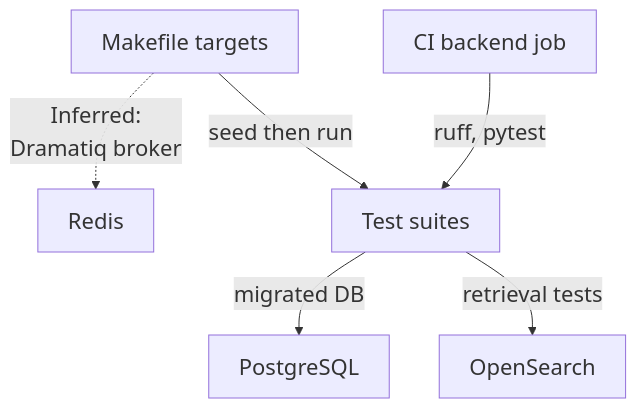
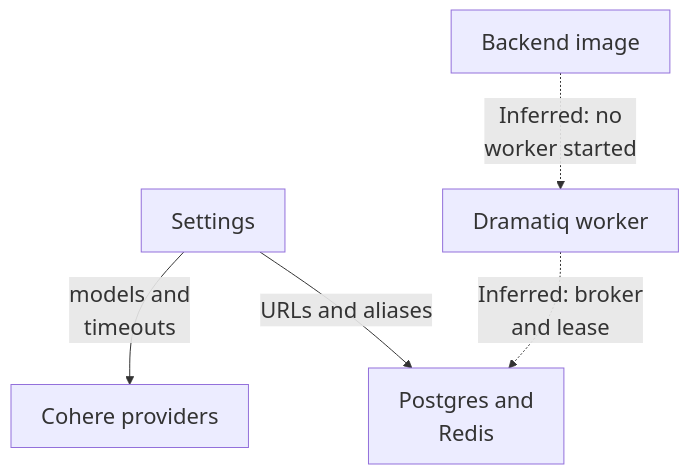
One commit to Justin-Mendoza/Afterclass changed the diagram in maps/foundation/diagram-05.mmd. Above: the diagram before and after it, drawn with Mermaid. The commit also changed 88 other files, not shown here.

```diff
--- a/maps/foundation/diagram-05.mmd
+++ b/maps/foundation/diagram-05.mmd
@@ -1,13 +1,11 @@
 %%{init: {"themeVariables": {"fontSize": "22px"}}}%%
 flowchart TD
-  n0["Makefile targets"]
-  n1["CI backend job"]
-  n2["PostgreSQL"]
-  n3["OpenSearch"]
-  n4["Redis"]
-  n5["Test suites"]
-  n0 -->|"seed then run"| n5
-  n1 -->|"ruff, pytest"| n5
-  n5 -->|"migrated DB"| n2
-  n5 -->|"retrieval tests"| n3
-  n0 -.->|"Inferred:<br/>Dramatiq broker"| n4
+  n0["Settings"]
+  n1["Cohere providers"]
+  n2["Postgres and<br/>Redis"]
+  n3["Dramatiq worker"]
+  n4["Backend image"]
+  n0 -->|"models and<br/>timeouts"| n1
+  n0 -->|"URLs and aliases"| n2
+  n4 -.->|"Inferred: no<br/>worker started"| n3
+  n3 -.->|"Inferred: broker<br/>and lease"| n2
```
